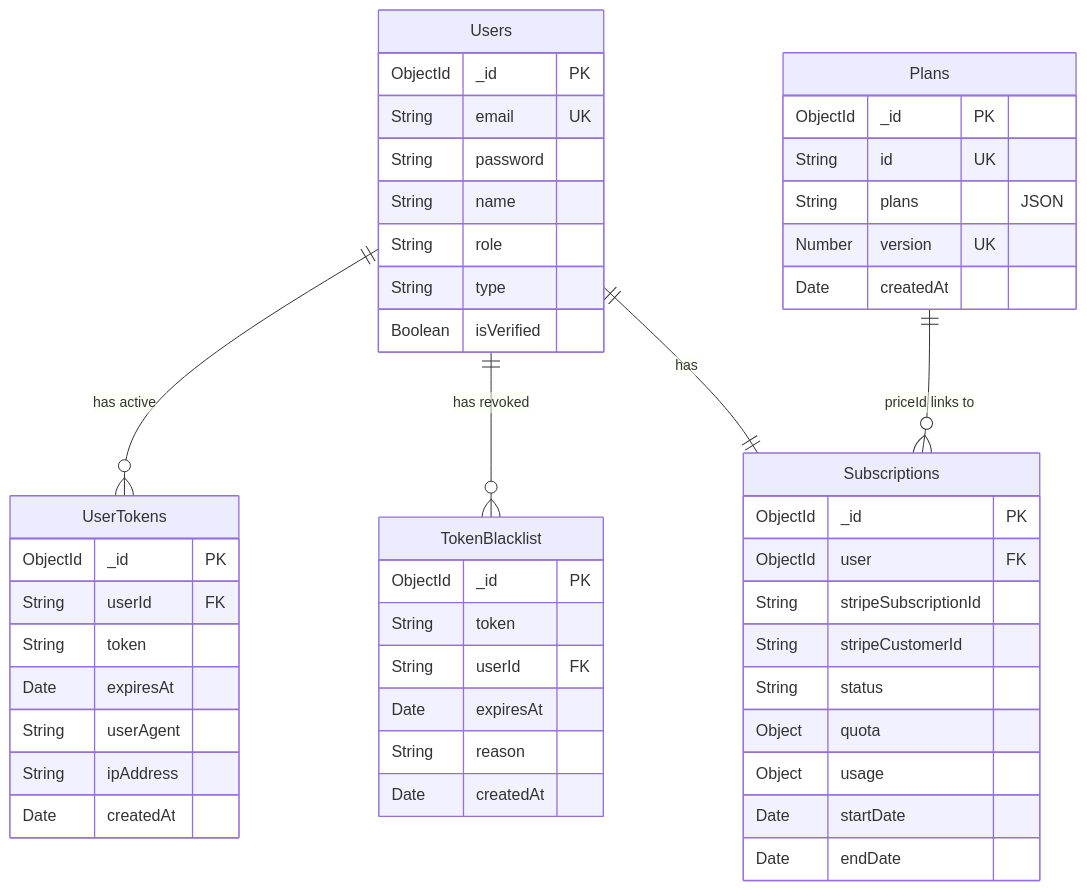
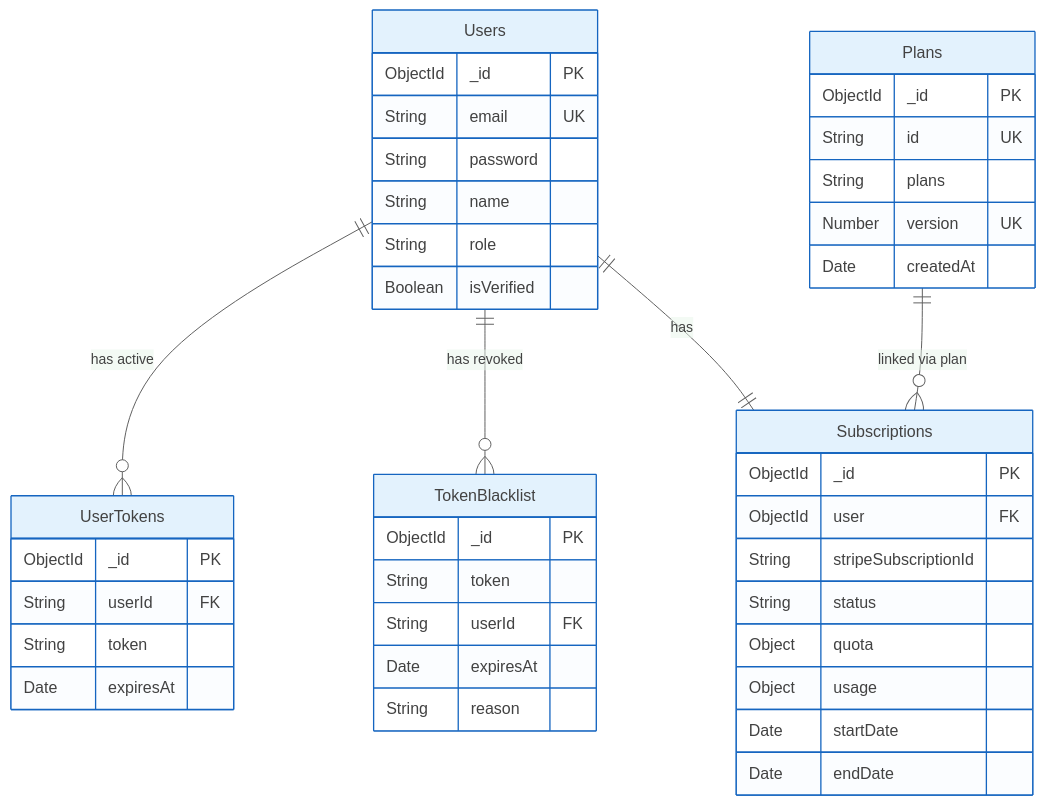
Before and after one commit to linhh011202/fyp-report: the diagram in diagrams/er_diagram.mmd, drawn with Mermaid. The commit also changed 107 other files, not shown here.

```diff
--- a/diagrams/er_diagram.mmd
+++ b/diagrams/er_diagram.mmd
@@ -1,54 +1,49 @@
+%%{init: {'theme': 'base', 'themeVariables': {'primaryColor': '#E3F2FD', 'primaryTextColor': '#424242', 'primaryBorderColor': '#1565C0', 'lineColor': '#616161', 'secondaryColor': '#FFF3E0', 'tertiaryColor': '#E8F5E9'}}}%%
 erDiagram
     Users ||--o{ UserTokens : "has active"
     Users ||--o{ TokenBlacklist : "has revoked"
     Users ||--|| Subscriptions : has
-    Plans ||--o{ Subscriptions : "priceId links to"
-    
+    Plans ||--o{ Subscriptions : "linked via plan"
+
     Users {
         ObjectId _id PK
         String email UK
         String password
         String name
         String role
-        String type
         Boolean isVerified
     }
-    
+
     Subscriptions {
         ObjectId _id PK
         ObjectId user FK
         String stripeSubscriptionId
-        String stripeCustomerId
         String status
         Object quota
         Object usage
         Date startDate
         Date endDate
     }
-    
+
     Plans {
         ObjectId _id PK
         String id UK
-        String plans "JSON"
+        String plans
         Number version UK
         Date createdAt
     }
-    
+
     UserTokens {
         ObjectId _id PK
         String userId FK
         String token
         Date expiresAt
-        String userAgent
-        String ipAddress
-        Date createdAt
     }
-    
+
     TokenBlacklist {
         ObjectId _id PK
         String token
         String userId FK
         Date expiresAt
         String reason
-        Date createdAt
     }
```
